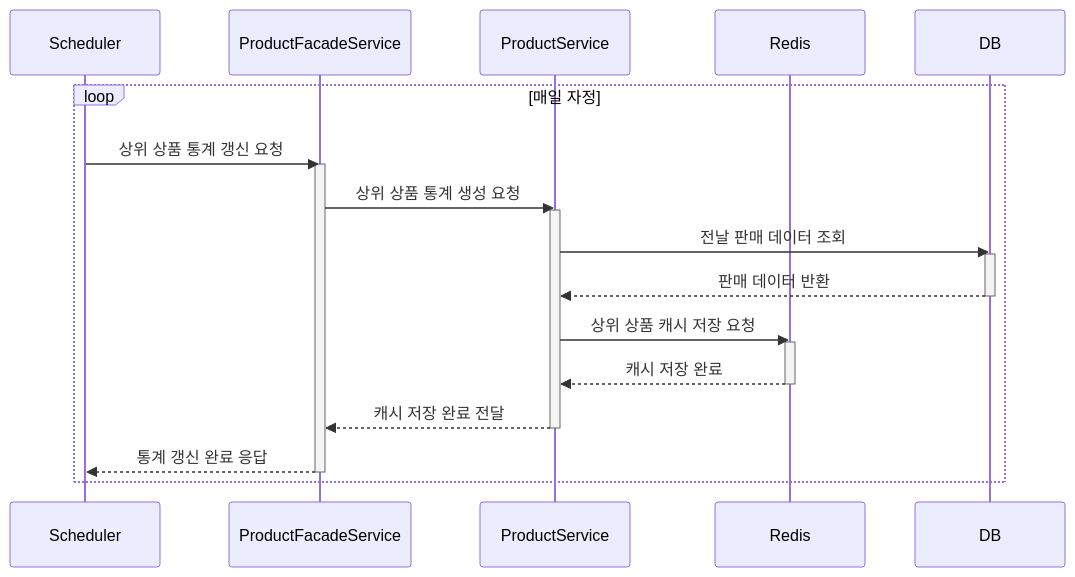
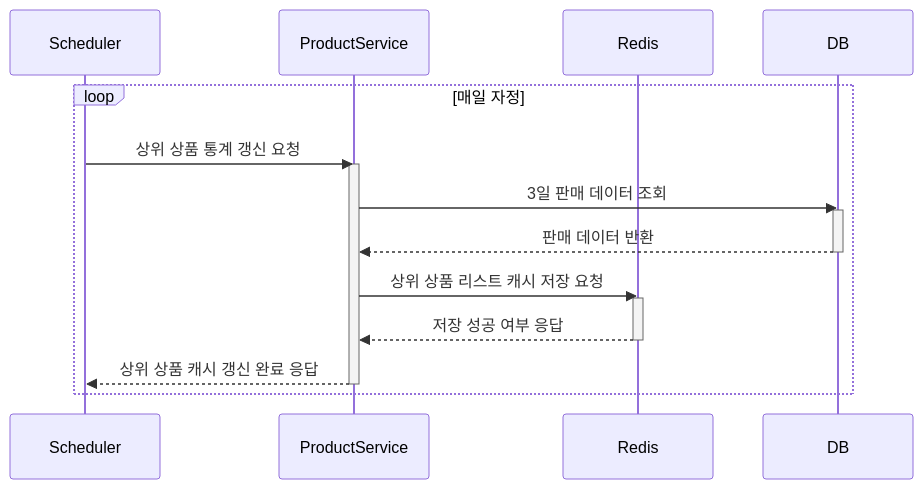
Before and after one commit to maengjjin/hhplus-service: the eighth of 8 diagrams in docs/SequenceDiagram.md, drawn with Mermaid. The commit also changed other lines of this file and 1 other file, not shown here.

Commit message:
- 다이어그램 수정

````diff
--- a/docs/SequenceDiagram.md
+++ b/docs/SequenceDiagram.md
@@ -398,33 +377,29 @@
 ```mermaid
 sequenceDiagram
     participant Scheduler
-    participant ProductFacadeService
     participant ProductService
     participant Redis
     participant DB
 
     loop 매일 자정
-        Scheduler ->> ProductFacadeService: 상위 상품 통계 갱신 요청
-        activate ProductFacadeService
-
-        ProductFacadeService ->> ProductService: 상위 상품 통계 생성 요청
+        Scheduler ->> ProductService: 상위 상품 통계 갱신 요청
         activate ProductService
 
-        ProductService ->> DB: 전날 판매 데이터 조회
+        ProductService ->> DB: 3일 판매 데이터 조회
         activate DB
+
         DB -->> ProductService: 판매 데이터 반환
         deactivate DB
 
-        ProductService ->> Redis: 상위 상품 캐시 저장 요청
+        ProductService ->> Redis: 상위 상품 리스트 캐시 저장 요청
         activate Redis
-        Redis -->> ProductService: 캐시 저장 완료
+        
+        Redis -->> ProductService: 저장 성공 여부 응답
         deactivate Redis
 
-        ProductService -->> ProductFacadeService: 캐시 저장 완료 전달
+        ProductService -->> Scheduler: 상위 상품 캐시 갱신 완료 응답
+
         deactivate ProductService
-
-        ProductFacadeService -->> Scheduler: 통계 갱신 완료 응답
-        deactivate ProductFacadeService
     end    
     
 ```
````
